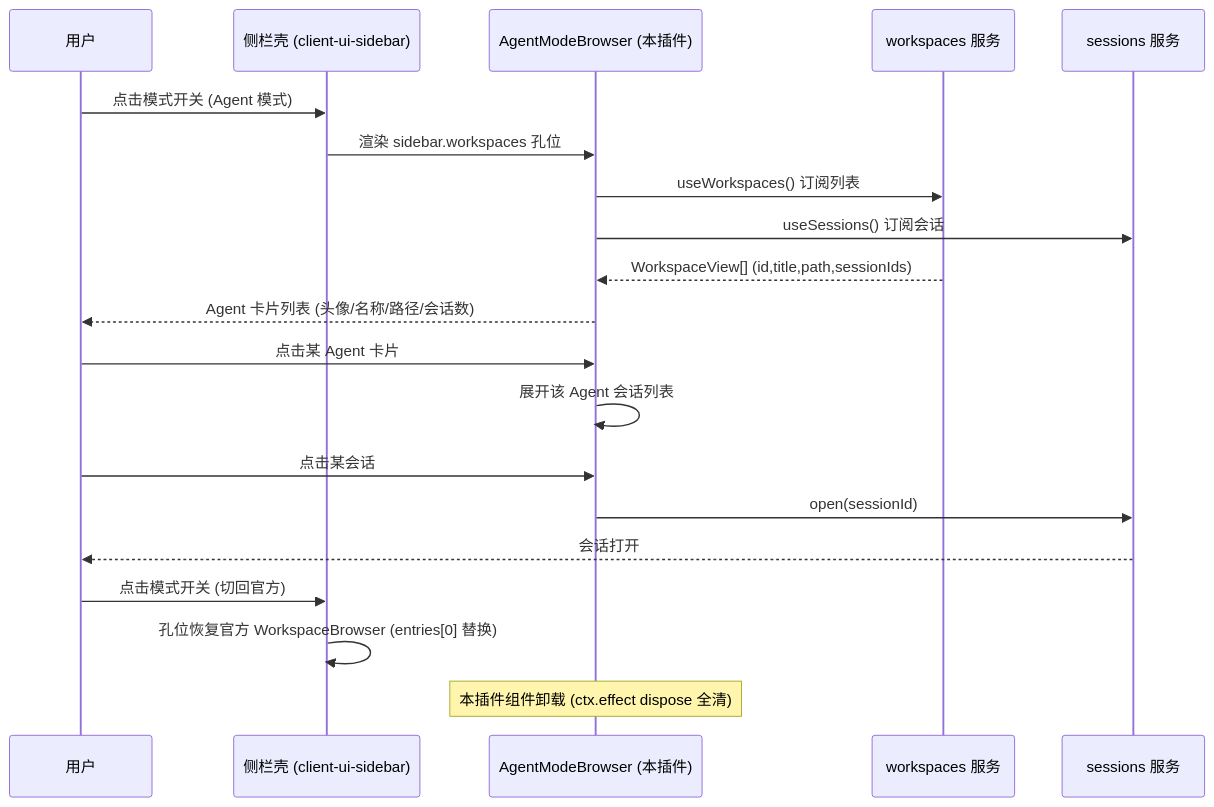
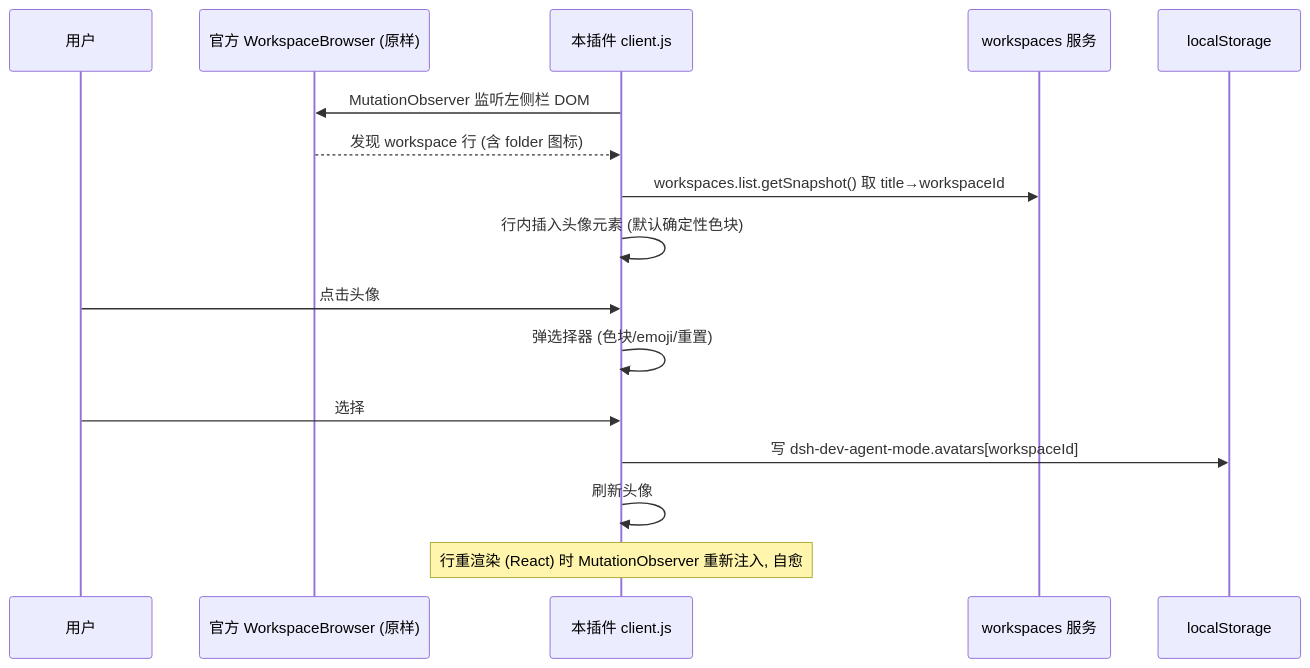
One commit to kp-z/dsh-dev-git-graph changed the second of 2 diagrams in docs/DESIGN-dsh-dev-agent-mode.md. Above: the diagram before and after it, drawn with Mermaid. The commit also changed other lines of this file and 9 other files, not shown here.

First line of the commit message:
feat(dsh-dev-agent-mode): MVP 第一步收敛——DOM 增强路线，官方左侧栏原样 + 每个 workspace 可换头像

````diff
--- a/docs/DESIGN-dsh-dev-agent-mode.md
+++ b/docs/DESIGN-dsh-dev-agent-mode.md
@@ -107,23 +92,19 @@
 ```mermaid
 sequenceDiagram
     participant U as 用户
-    participant S as 侧栏壳 (client-ui-sidebar)
-    participant A as AgentModeBrowser (本插件)
+    participant O as 官方 WorkspaceBrowser (原样)
+    participant P as 本插件 client.js
     participant W as workspaces 服务
-    participant SES as sessions 服务
+    participant LS as localStorage
 
-    U->>S: 点击模式开关 (Agent 模式)
-    S->>A: 渲染 sidebar.workspaces 孔位
-    A->>W: useWorkspaces() 订阅列表
-    A->>SES: useSessions() 订阅会话
-    W-->>A: WorkspaceView[] (id,title,path,sessionIds)
-    A-->>U: Agent 卡片列表 (头像/名称/路径/会话数)
-    U->>A: 点击某 Agent 卡片
-    A->>A: 展开该 Agent 会话列表
-    U->>A: 点击某会话
-    A->>SES: open(sessionId)
-    SES-->>U: 会话打开
-    U->>S: 点击模式开关 (切回官方)
-    S->>S: 孔位恢复官方 WorkspaceBrowser (entries[0] 替换)
-    Note over A: 本插件组件卸载 (ctx.effect dispose 全清)
+    P->>O: MutationObserver 监听左侧栏 DOM
+    O-->>P: 发现 workspace 行 (含 folder 图标)
+    P->>W: workspaces.list.getSnapshot() 取 title→workspaceId
+    P->>P: 行内插入头像元素 (默认确定性色块)
+    U->>P: 点击头像
+    P->>P: 弹选择器 (色块/emoji/重置)
+    U->>P: 选择
+    P->>LS: 写 dsh-dev-agent-mode.avatars[workspaceId]
+    P->>P: 刷新头像
+    Note over P: 行重渲染 (React) 时 MutationObserver 重新注入, 自愈
 ```
````
